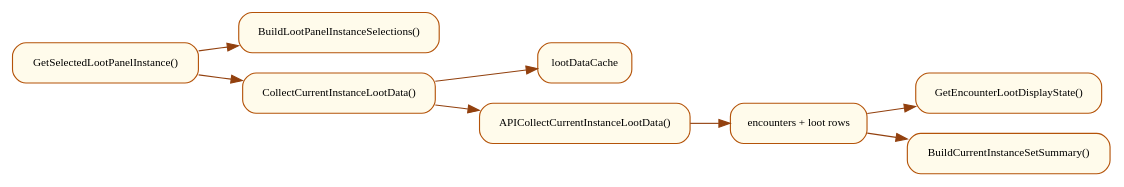
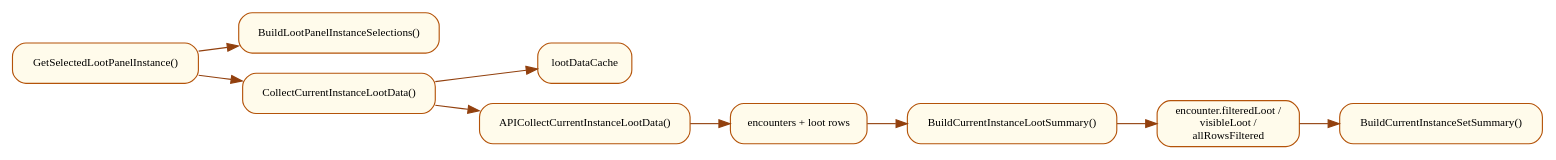
The first of 5 diagrams in docs/specs/ui/ui-loot-panel.md (terencefan/inority-wow), drawn with Graphviz before and after one commit. The commit also changed other lines of this file and 91 other files, not shown here.

````diff
--- a/docs/specs/ui/ui-loot-panel.md
+++ b/docs/specs/ui/ui-loot-panel.md
@@ -49,24 +49,25 @@
 ```dot
 digraph LootDataFlow {
   rankdir=LR;
   graph [fontsize=10];
   node [shape=box style="rounded,filled" fillcolor="#FFFBEB" color="#B45309" fontname="Microsoft YaHei" fontsize=10];
   edge [color="#92400E" fontsize=9 fontname="Microsoft YaHei"];
 
   Select [label="GetSelectedLootPanelInstance()"];
   Tree [label="BuildLootPanelInstanceSelections()"];
   Data [label="CollectCurrentInstanceLootData()"];
   Cache [label="lootDataCache"];
   API [label="APICollectCurrentInstanceLootData()"];
   Encounter [label="encounters + loot rows"];
-  Display [label="GetEncounterLootDisplayState()"];
+  Derive [label="BuildCurrentInstanceLootSummary()"];
+  Visible [label="encounter.filteredLoot /\nvisibleLoot /\nallRowsFiltered"];
   SetSummary [label="BuildCurrentInstanceSetSummary()"];
 
   Select -> Tree;
   Select -> Data;
   Data -> Cache;
   Data -> API -> Encounter;
-  Encounter -> Display;
-  Encounter -> SetSummary;
+  Encounter -> Derive -> Visible;
+  Visible -> SetSummary;
 }
 ```
````
